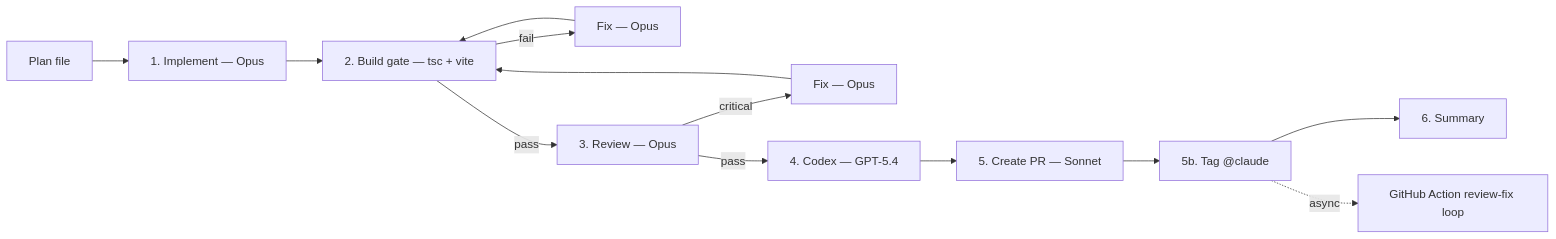
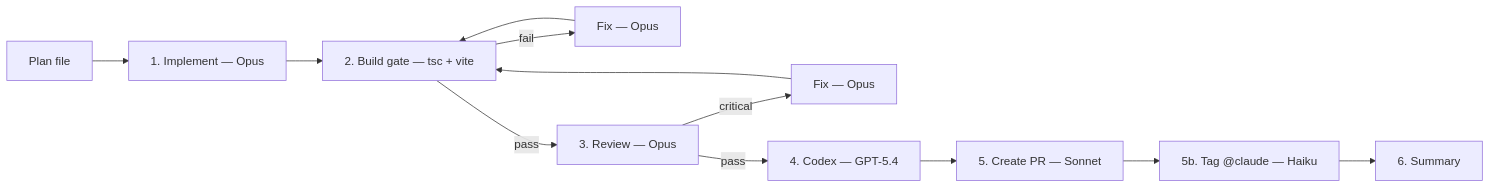
One commit to ilsantino/iago-os changed the second of 3 diagrams in README.md. Above: the diagram before and after it, drawn with Mermaid. The commit also changed other lines of this file and 1 other file, not shown here.

First line of the commit message:
docs: add async review-fix loop diagram to README and pipeline rule

````diff
--- a/README.md
+++ b/README.md
@@ -247,15 +249,14 @@
 ```mermaid
 flowchart LR
     Plan[Plan file] --> Impl[1. Implement — Opus]
     Impl --> Build[2. Build gate — tsc + vite]
     Build -->|fail| Fix[Fix — Opus]
     Fix --> Build
     Build -->|pass| Review[3. Review — Opus]
     Review -->|critical| Fix2[Fix — Opus]
     Fix2 --> Build
     Review -->|pass| Codex[4. Codex — GPT-5.4]
     Codex --> PR[5. Create PR — Sonnet]
-    PR --> Tag[5b. Tag @claude]
+    PR --> Tag[5b. Tag @claude — Haiku]
     Tag --> Summary[6. Summary]
-    Tag -.->|async| GHA[GitHub Action review-fix loop]
 ```
````
